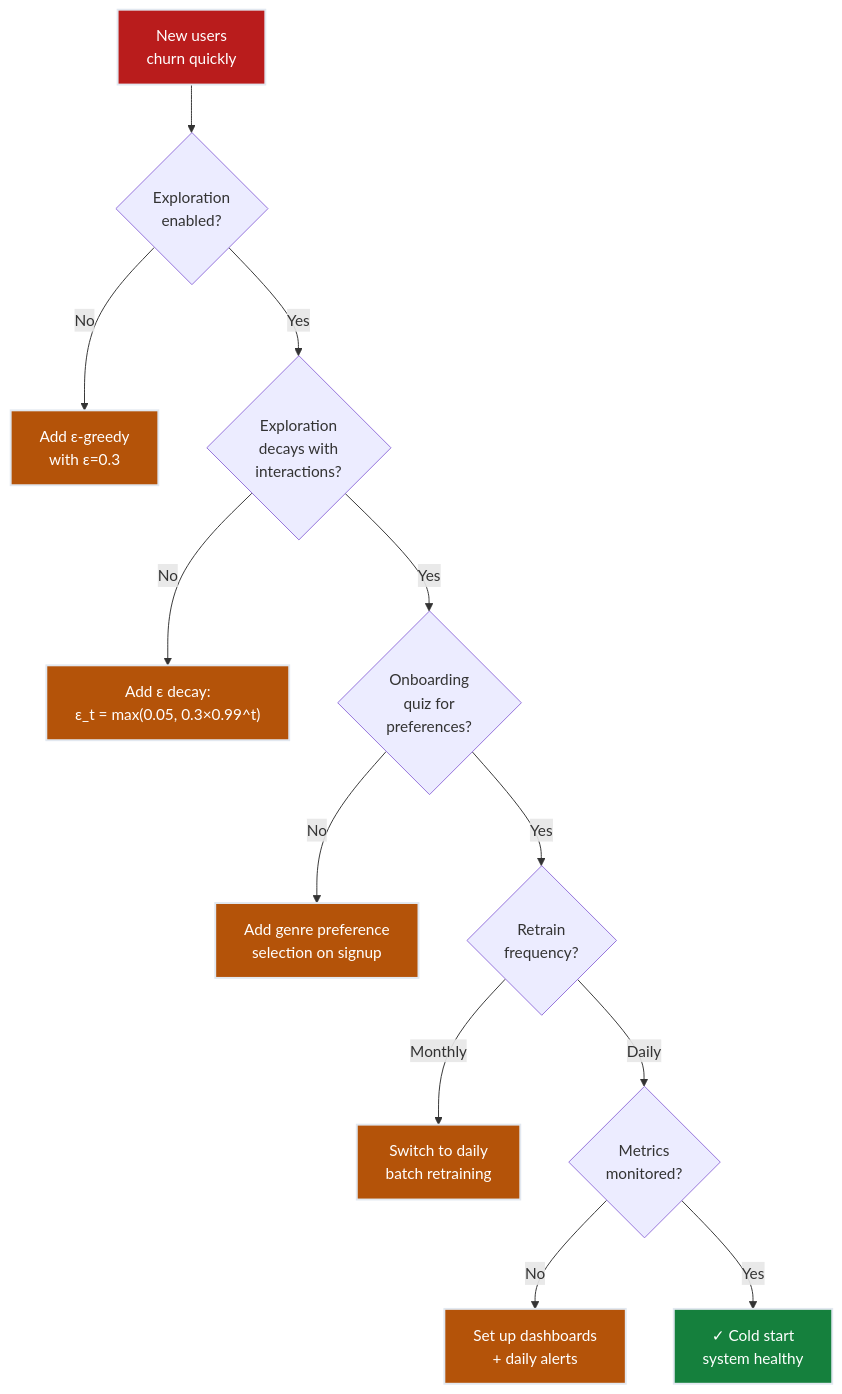
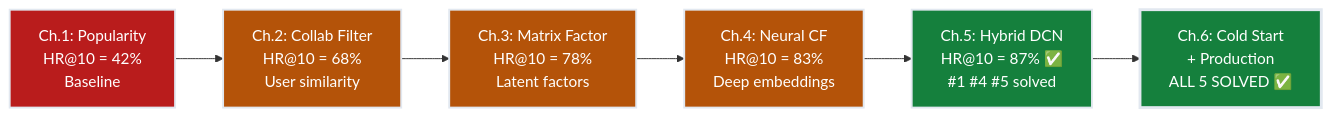
Before and after one commit to deepakshamsft/ai-portfolio: the fourth of 4 diagrams in notes/01-ml/04_recommender_systems/ch06_cold_start_production/README.md, drawn with Mermaid. The commit also changed other lines of this file and 727 other files, not shown here.

````diff
--- a/notes/01-ml/04_recommender_systems/ch06_cold_start_production/README.md
+++ b/notes/01-ml/04_recommender_systems/ch06_cold_start_production/README.md
@@ -680,22 +628,15 @@
 ```mermaid
-flowchart TD
-    START["New users<br/>churn quickly"] --> EXPLORE{"Exploration<br/>enabled?"}
-    EXPLORE -->|"No"| FIX1["Add ε-greedy<br/>with ε=0.3"]
-    EXPLORE -->|"Yes"| DECAY{"Exploration<br/>decays with<br/>interactions?"}
-    DECAY -->|"No"| FIX2["Add ε decay:<br/>ε_t = max(0.05, 0.3×0.99^t)"]
-    DECAY -->|"Yes"| ONBOARD{"Onboarding<br/>quiz for<br/>preferences?"}
-    ONBOARD -->|"No"| FIX3["Add genre preference<br/>selection on signup"]
-    ONBOARD -->|"Yes"| RETRAIN{"Retrain<br/>frequency?"}
-    RETRAIN -->|"Monthly"| FIX4["Switch to daily<br/>batch retraining"]
-    RETRAIN -->|"Daily"| MONITOR{"Metrics<br/>monitored?"}
-    MONITOR -->|"No"| FIX5["Set up dashboards<br/>+ daily alerts"]
-    MONITOR -->|"Yes"| SUCCESS["✓ Cold start<br/>system healthy"]
-    
-    style START fill:#b91c1c,stroke:#e2e8f0,stroke-width:2px,color:#ffffff
-    style SUCCESS fill:#15803d,stroke:#e2e8f0,stroke-width:2px,color:#ffffff
-    style FIX1 fill:#b45309,stroke:#e2e8f0,stroke-width:2px,color:#ffffff
-    style FIX2 fill:#b45309,stroke:#e2e8f0,stroke-width:2px,color:#ffffff
-    style FIX3 fill:#b45309,stroke:#e2e8f0,stroke-width:2px,color:#ffffff
-    style FIX4 fill:#b45309,stroke:#e2e8f0,stroke-width:2px,color:#ffffff
-    style FIX5 fill:#b45309,stroke:#e2e8f0,stroke-width:2px,color:#ffffff
+flowchart LR
+    CH1["Ch.1: Popularity<br/>HR@10 = 42%<br/>Baseline"] --> CH2["Ch.2: Collab Filter<br/>HR@10 = 68%<br/>User similarity"]
+    CH2 --> CH3["Ch.3: Matrix Factor<br/>HR@10 = 78%<br/>Latent factors"]
+    CH3 --> CH4["Ch.4: Neural CF<br/>HR@10 = 83%<br/>Deep embeddings"]
+    CH4 --> CH5["Ch.5: Hybrid DCN<br/>HR@10 = 87% ✅<br/>#1 #4 #5 solved"]
+    CH5 --> CH6["Ch.6: Cold Start<br/>+ Production<br/>ALL 5 SOLVED ✅"]
+
+    style CH1 fill:#b91c1c,stroke:#e2e8f0,stroke-width:2px,color:#ffffff
+    style CH2 fill:#b45309,stroke:#e2e8f0,stroke-width:2px,color:#ffffff
+    style CH3 fill:#b45309,stroke:#e2e8f0,stroke-width:2px,color:#ffffff
+    style CH4 fill:#b45309,stroke:#e2e8f0,stroke-width:2px,color:#ffffff
+    style CH5 fill:#15803d,stroke:#e2e8f0,stroke-width:2px,color:#ffffff
+    style CH6 fill:#15803d,stroke:#e2e8f0,stroke-width:3px,color:#ffffff
 ```
````
